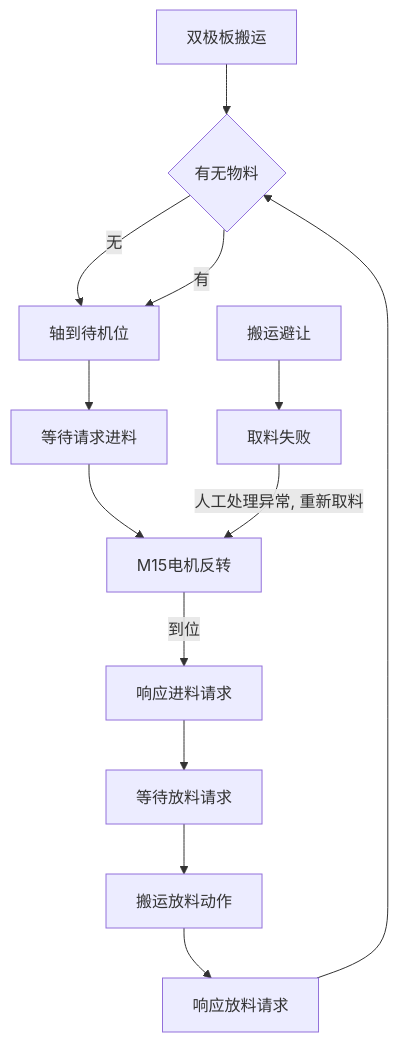
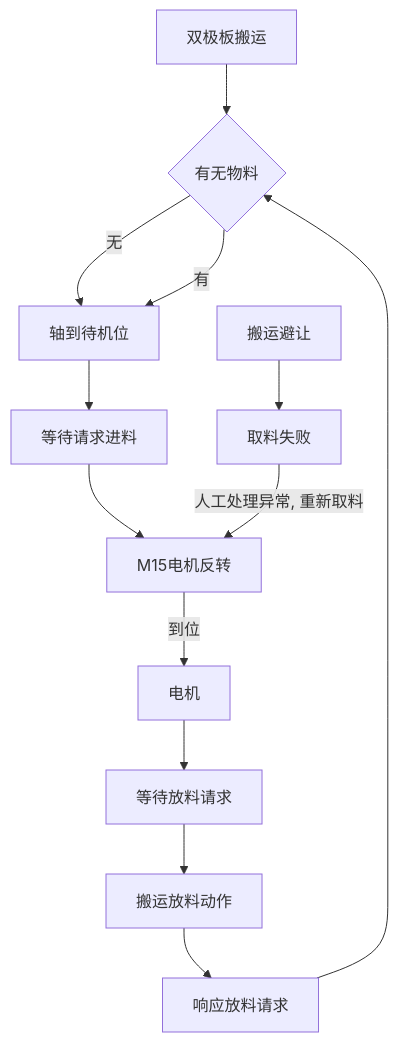
Before and after one commit to PengKun1/iodraw-files: the diagram in all/未命名-1.md, drawn with Mermaid.

Commit message:
2024-08-20 11:02:55 update

````diff
--- a/all/未命名-1.md
+++ b/all/未命名-1.md
@@ -1,17 +1,17 @@
 ```mermaid
 graph TD
 0[双极板搬运]-->10
 10{有无物料}-->|无|20
 10-->|有|20
 20[轴到待机位]-->30
 30[等待请求进料]-->40
 40[M15电机反转]-->|到位|50
-50[响应进料请求]-->60
+50[电机]-->60
 60[等待放料请求]-->70
 70[搬运放料动作]-->80
 80[响应放料请求]-->10
 
 90[搬运避让]-->900
 
 900[取料失败]-->|人工处理异常, 重新取料|40
 ```
````
